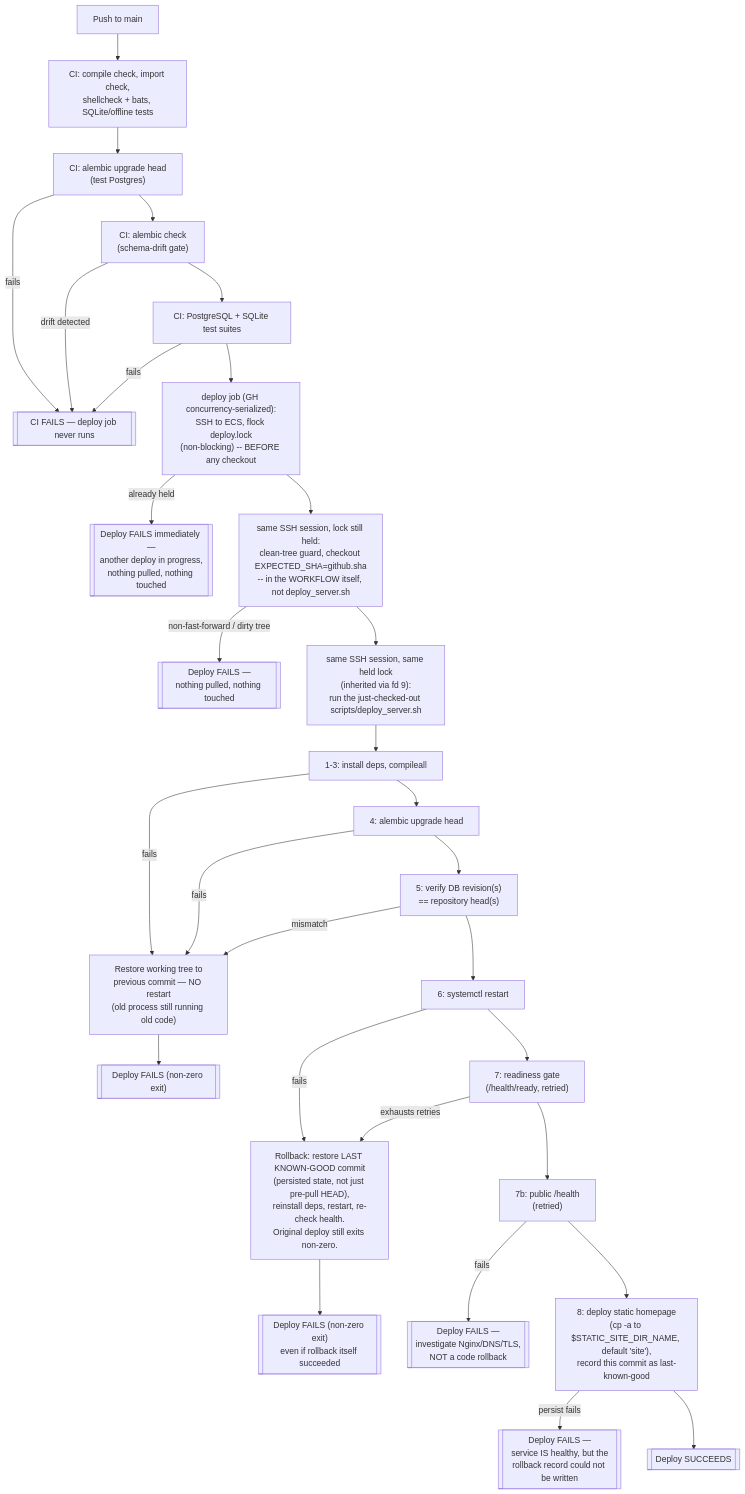
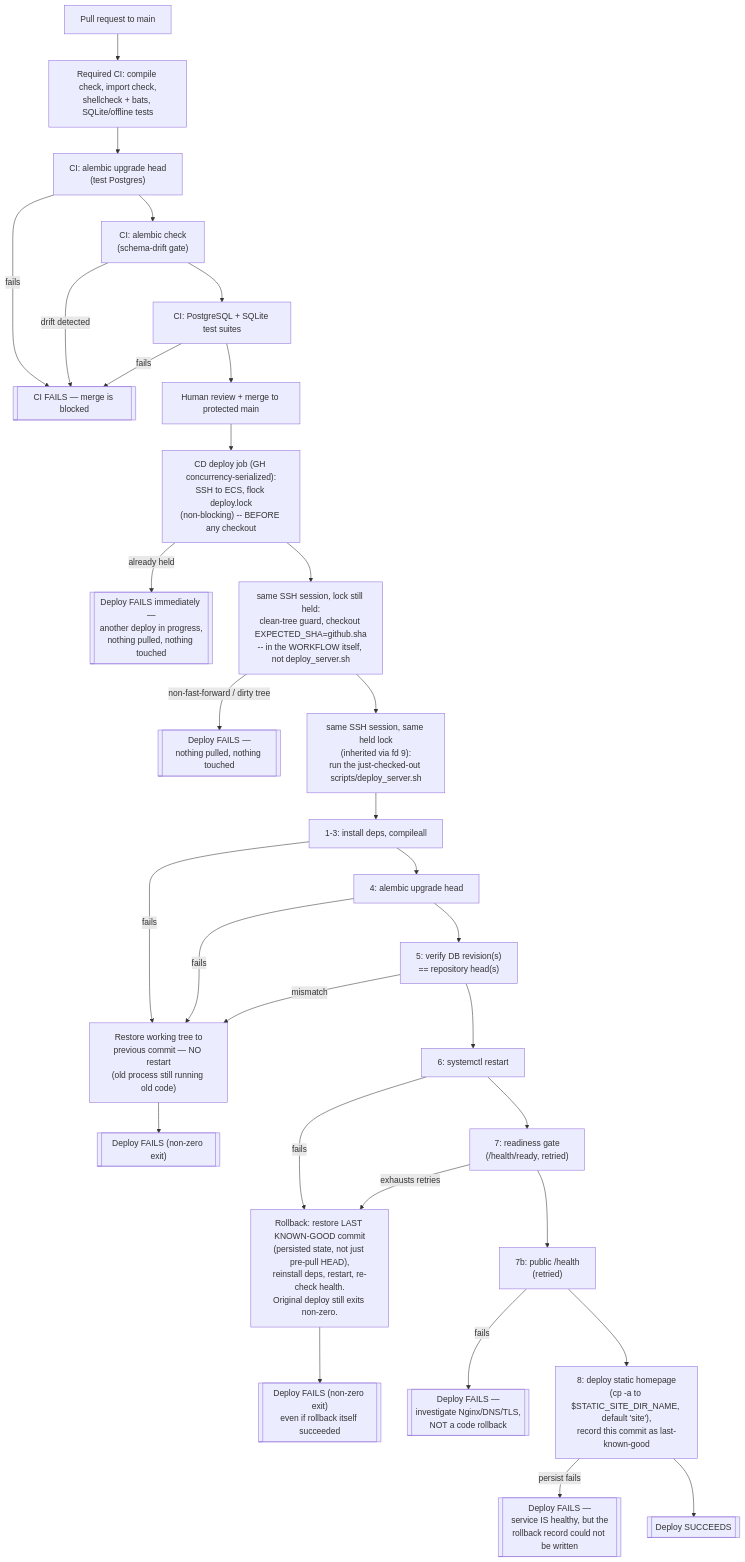
The diagram in docs/DEPLOYMENT.md (zuohaisu/wecom-archive), drawn with Mermaid before and after one commit. The commit also changed other lines of this file and 17 other files, not shown here.

````diff
--- a/docs/DEPLOYMENT.md
+++ b/docs/DEPLOYMENT.md
@@ -282,34 +283,35 @@
 ```mermaid
 flowchart TD
-    A[Push to main] --> B["CI: compile check, import check,\nshellcheck + bats, SQLite/offline tests"]
+    A[Pull request to main] --> B["Required CI: compile check, import check,\nshellcheck + bats, SQLite/offline tests"]
     B --> C["CI: alembic upgrade head\n(test Postgres)"]
-    C -->|fails| CI_FAIL[["CI FAILS — deploy job never runs"]]
+    C -->|fails| CI_FAIL[["CI FAILS — merge is blocked"]]
     C --> D["CI: alembic check\n(schema-drift gate)"]
     D -->|drift detected| CI_FAIL
     D --> E["CI: PostgreSQL + SQLite test suites"]
     E -->|fails| CI_FAIL
-    E --> F_LOCK["deploy job (GH concurrency-serialized):\nSSH to ECS, flock deploy.lock\n(non-blocking) -- BEFORE any checkout"]
+    E --> MERGE["Human review + merge to protected main"]
+    MERGE --> F_LOCK["CD deploy job (GH concurrency-serialized):\nSSH to ECS, flock deploy.lock\n(non-blocking) -- BEFORE any checkout"]
     F_LOCK -->|already held| FAILLOCK[["Deploy FAILS immediately —\nanother deploy in progress,\nnothing pulled, nothing touched"]]
     F_LOCK --> F0["same SSH session, lock still held:\nclean-tree guard, checkout EXPECTED_SHA=github.sha\n-- in the WORKFLOW itself, not deploy_server.sh"]
     F0 -->|non-fast-forward / dirty tree| FAIL0[["Deploy FAILS —\nnothing pulled, nothing touched"]]
     F0 --> F["same SSH session, same held lock\n(inherited via fd 9):\nrun the just-checked-out scripts/deploy_server.sh"]
 
     F --> G["1-3: install deps, compileall"]
     G -->|fails| ROLLBACK_CODE["Restore working tree to\nprevious commit — NO restart\n(old process still running old code)"]
     G --> H["4: alembic upgrade head"]
     H -->|fails| ROLLBACK_CODE
     H --> I["5: verify DB revision(s)\n== repository head(s)"]
     I -->|mismatch| ROLLBACK_CODE
     I --> J["6: systemctl restart"]
     J -->|fails| ROLLBACK_FULL
     J --> K["7: readiness gate\n(/health/ready, retried)"]
     K -->|exhausts retries| ROLLBACK_FULL["Rollback: restore LAST KNOWN-GOOD commit\n(persisted state, not just pre-pull HEAD),\nreinstall deps, restart, re-check health.\nOriginal deploy still exits non-zero."]
     K --> L["7b: public /health\n(retried)"]
     L -->|fails| PROXY_FAIL[["Deploy FAILS —\ninvestigate Nginx/DNS/TLS,\nNOT a code rollback"]]
     L --> M["8: deploy static homepage\n(cp -a to $STATIC_SITE_DIR_NAME, default 'site'),\nrecord this commit as last-known-good"]
     M -->|persist fails| FAILPERSIST[["Deploy FAILS —\nservice IS healthy, but the\nrollback record could not be written"]]
     M --> N[["Deploy SUCCEEDS"]]
 
     ROLLBACK_CODE --> FAIL1[["Deploy FAILS (non-zero exit)"]]
     ROLLBACK_FULL --> FAIL2[["Deploy FAILS (non-zero exit)\neven if rollback itself succeeded"]]
 ```
````
